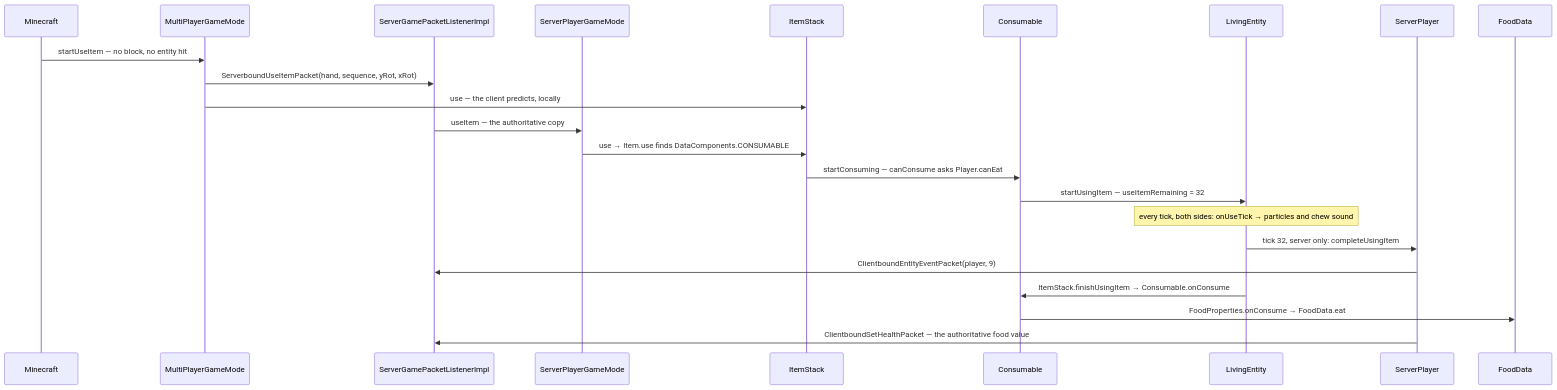
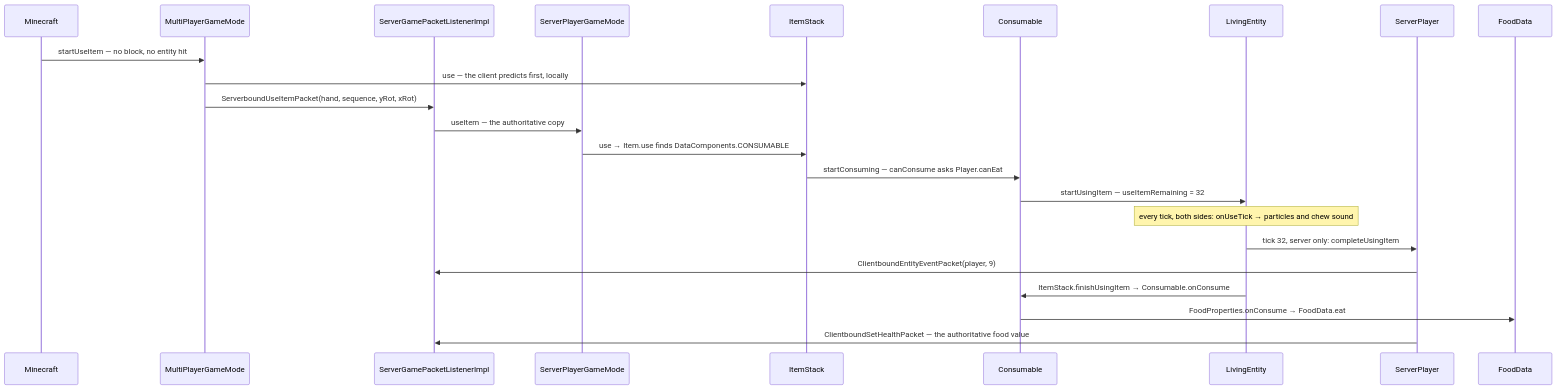
One commit to AlexanderjFraser/MinecraftDocs changed the diagram in src/systems/items/items-and-stacks.md. Above: the diagram before and after it, drawn with Mermaid. The commit also changed other lines of this file and 14 other files, not shown here.

````diff
--- a/src/systems/items/items-and-stacks.md
+++ b/src/systems/items/items-and-stacks.md
@@ -137,26 +179,26 @@
 ```mermaid
 sequenceDiagram
     participant MC as Minecraft
     participant MPGM as MultiPlayerGameMode
     participant SGPL as ServerGamePacketListenerImpl
     participant SPGM as ServerPlayerGameMode
     participant IS as ItemStack
     participant C as Consumable
     participant LE as LivingEntity
     participant SP as ServerPlayer
     participant FD as FoodData
 
     MC->>MPGM: startUseItem — no block, no entity hit
+    MPGM->>IS: use — the client predicts first, locally
     MPGM->>SGPL: ServerboundUseItemPacket(hand, sequence, yRot, xRot)
-    MPGM->>IS: use — the client predicts, locally
     SGPL->>SPGM: useItem — the authoritative copy
     SPGM->>IS: use → Item.use finds DataComponents.CONSUMABLE
     IS->>C: startConsuming — canConsume asks Player.canEat
     C->>LE: startUsingItem — useItemRemaining = 32
     Note over LE: every tick, both sides: onUseTick → particles and chew sound
     LE->>SP: tick 32, server only: completeUsingItem
     SP->>SGPL: ClientboundEntityEventPacket(player, 9)
     LE->>C: ItemStack.finishUsingItem → Consumable.onConsume
     C->>FD: FoodProperties.onConsume → FoodData.eat
     SP->>SGPL: ClientboundSetHealthPacket — the authoritative food value
 ```
````
